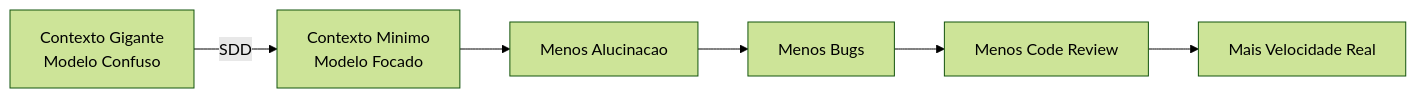
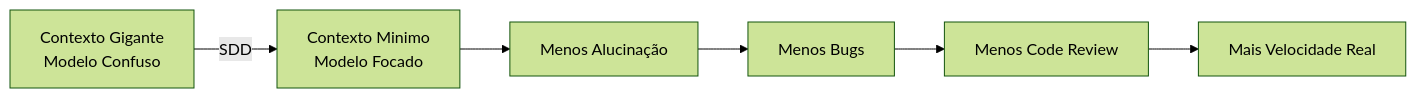
One commit to andreluizsmartins/SDD-Spec-Driven-Development changed the fifth of 6 diagrams in README.md. Above: the diagram before and after it, drawn with Mermaid (forest theme). The commit also changed other lines of this file, not shown here.

````diff
--- a/README.md
+++ b/README.md
@@ -216,8 +216,8 @@
 ```mermaid
 flowchart LR
     A[Contexto Gigante\nModelo Confuso] -->|SDD| B[Contexto Minimo\nModelo Focado]
-    B --> C[Menos Alucinacao]
+    B --> C[Menos Alucinação]
     C --> D[Menos Bugs]
     D --> E[Menos Code Review]
     E --> F[Mais Velocidade Real]
 ```
````
